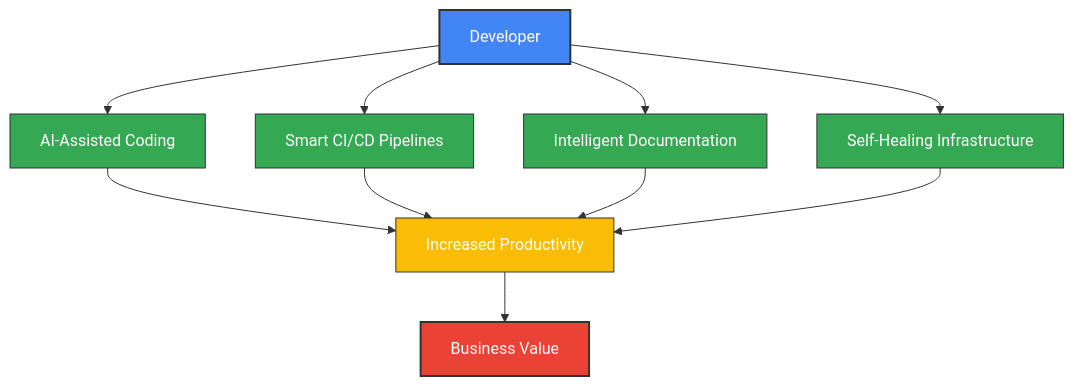
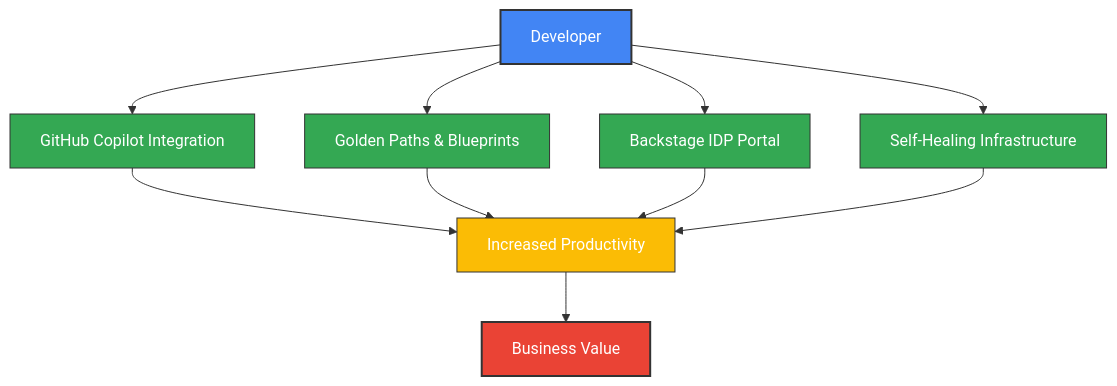
Before and after one commit to mrCDray/my-testing-repo: the first of 5 diagrams in notes.md, drawn with Mermaid. The commit also changed other lines of this file, not shown here.

````diff
--- a/notes.md
+++ b/notes.md
@@ -16,22 +17,22 @@
 ```mermaid
 flowchart TB
-    A[Developer] --> B[AI-Assisted Coding]
-    A --> C[Smart CI/CD Pipelines]
-    A --> D[Intelligent Documentation]
+    A[Developer] --> B[GitHub Copilot Integration]
+    A --> C[Golden Paths & Blueprints]
+    A --> D[Backstage IDP Portal]
     A --> E[Self-Healing Infrastructure]
     
     B --> F[Increased Productivity]
     C --> F
     D --> F
     E --> F
     
     F --> G[Business Value]
     
     style A fill:#4285F4,stroke:#333,stroke-width:2px,color:white
     style B fill:#34A853,stroke:#333,stroke-width:1px,color:white
     style C fill:#34A853,stroke:#333,stroke-width:1px,color:white
     style D fill:#34A853,stroke:#333,stroke-width:1px,color:white
     style E fill:#34A853,stroke:#333,stroke-width:1px,color:white
     style F fill:#FBBC05,stroke:#333,stroke-width:1px,color:white
     style G fill:#EA4335,stroke:#333,stroke-width:2px,color:white
 ```
````
